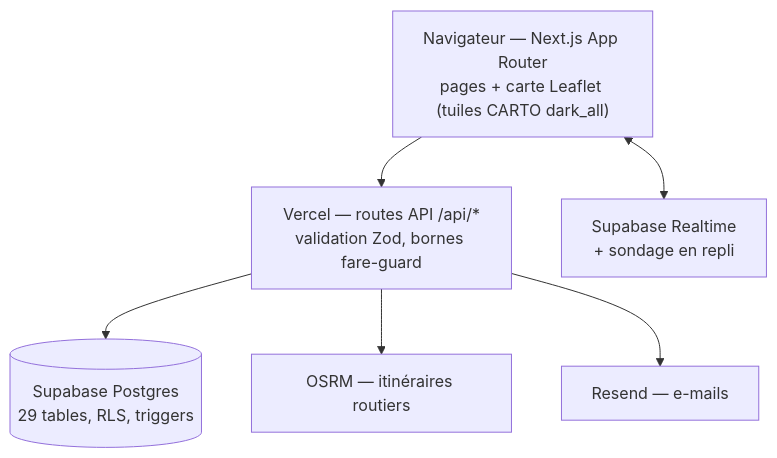
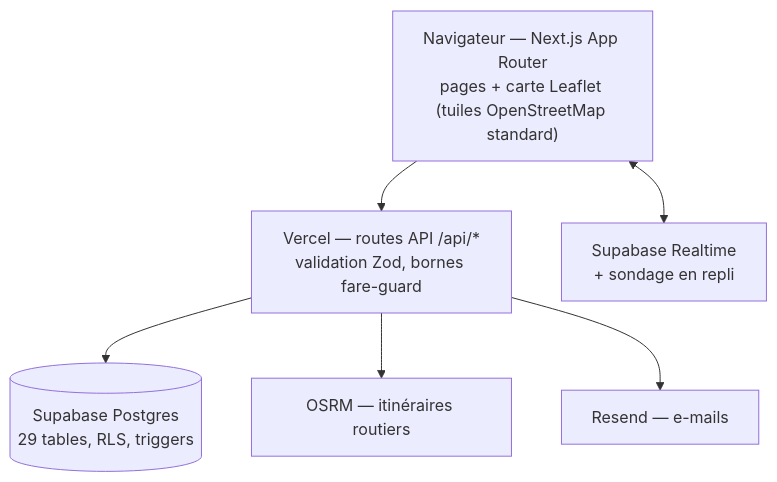
Before and after one commit to BVDMANN/Stacks-Drive: the first of 2 diagrams in README.md, drawn with Mermaid. The commit also changed other lines of this file and 18 other files, not shown here.

````diff
--- a/README.md
+++ b/README.md
@@ -57,13 +57,13 @@
 ```mermaid
 flowchart TB
-    UI["Navigateur — Next.js App Router<br/>pages + carte Leaflet (tuiles CARTO dark_all)"]
+    UI["Navigateur — Next.js App Router<br/>pages + carte Leaflet (tuiles OpenStreetMap standard)"]
     API["Vercel — routes API /api/*<br/>validation Zod, bornes fare-guard"]
     PG[("Supabase Postgres<br/>29 tables, RLS, triggers")]
     RT["Supabase Realtime<br/>+ sondage en repli"]
     OSRM["OSRM — itinéraires routiers"]
     RESEND["Resend — e-mails"]
     UI --> API --> PG
     UI <--> RT
     API --> OSRM
     API --> RESEND
 ```
````
